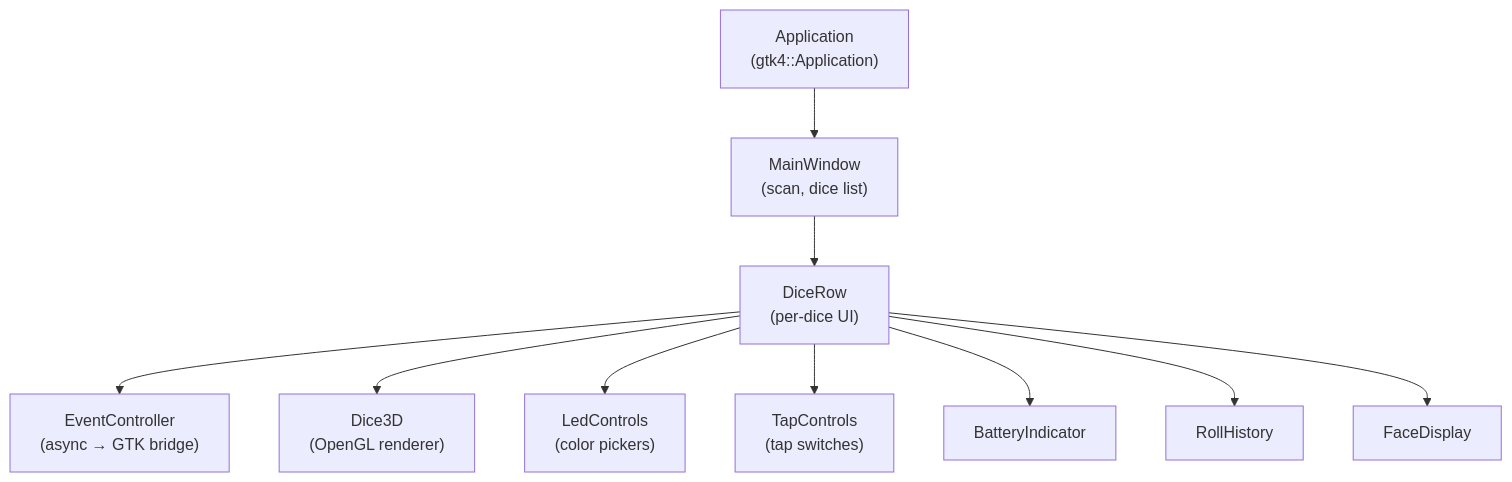
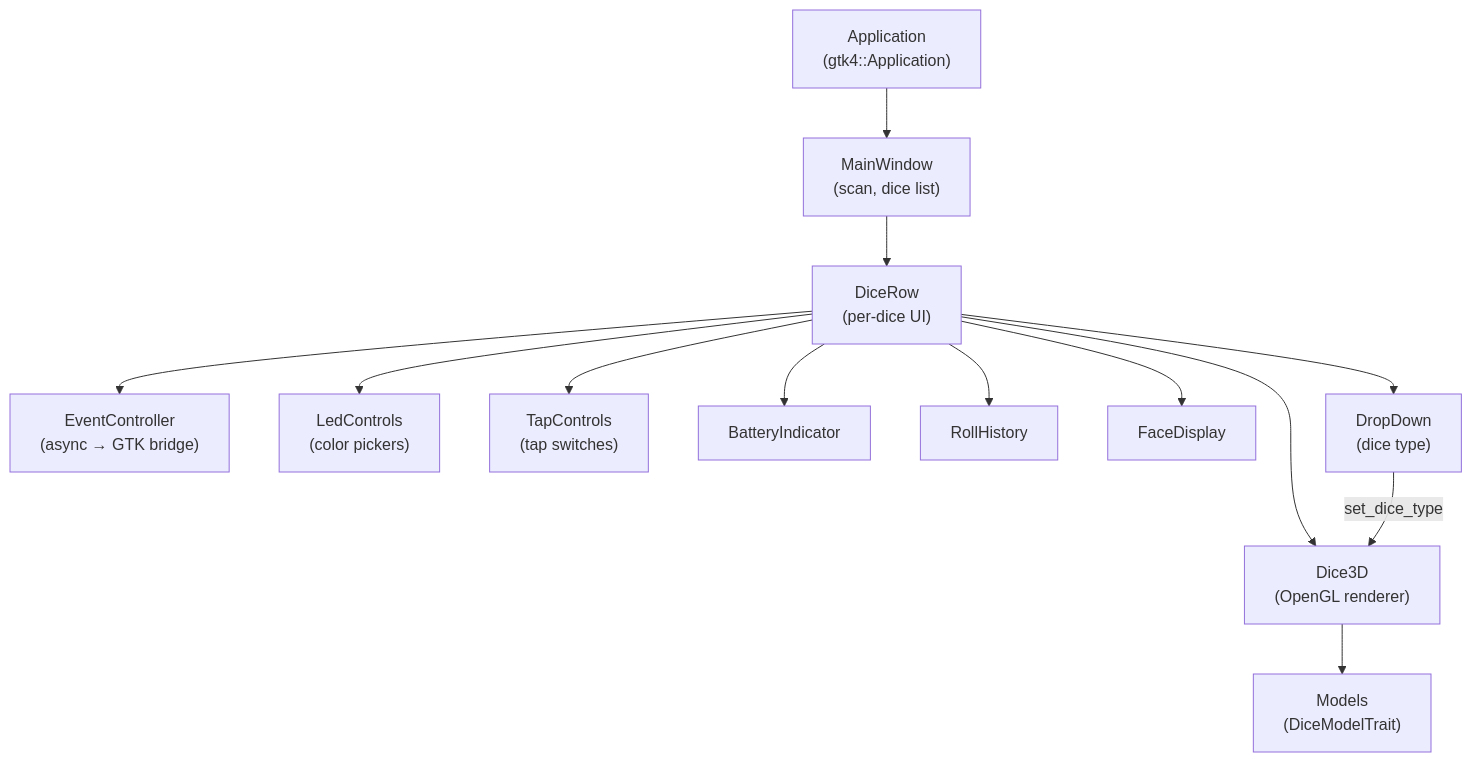
One commit to smearor/dice-rs changed the diagram in book/src/controller.md. Above: the diagram before and after it, drawn with Mermaid. The commit also changed other lines of this file, not shown here.

Commit message:
Updated book with dice type selector and dice 3d rendering

````diff
--- a/book/src/controller.md
+++ b/book/src/controller.md
@@ -44,30 +45,37 @@
 ```mermaid
 flowchart TB
     app["Application
     (gtk4::Application)"]
     window["MainWindow
     (scan, dice list)"]
     row["DiceRow
     (per-dice UI)"]
     controller["EventController
     (async → GTK bridge)"]
     dice3d["Dice3D
     (OpenGL renderer)"]
+    models["Models
+    (DiceModelTrait)"]
     led["LedControls
     (color pickers)"]
     tap["TapControls
     (tap switches)"]
     battery["BatteryIndicator"]
     history["RollHistory"]
     face["FaceDisplay"]
+    typesel["DropDown
+    (dice type)"]
 
     app --> window
     window --> row
     row --> controller
     row --> dice3d
+    dice3d --> models
     row --> led
     row --> tap
     row --> battery
     row --> history
     row --> face
+    row --> typesel
+    typesel -->|set_dice_type| dice3d
 ```
````
